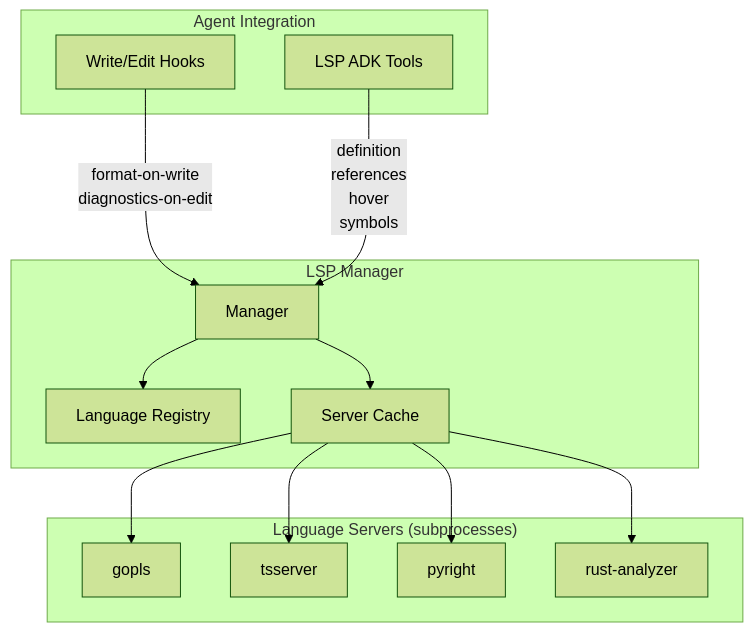
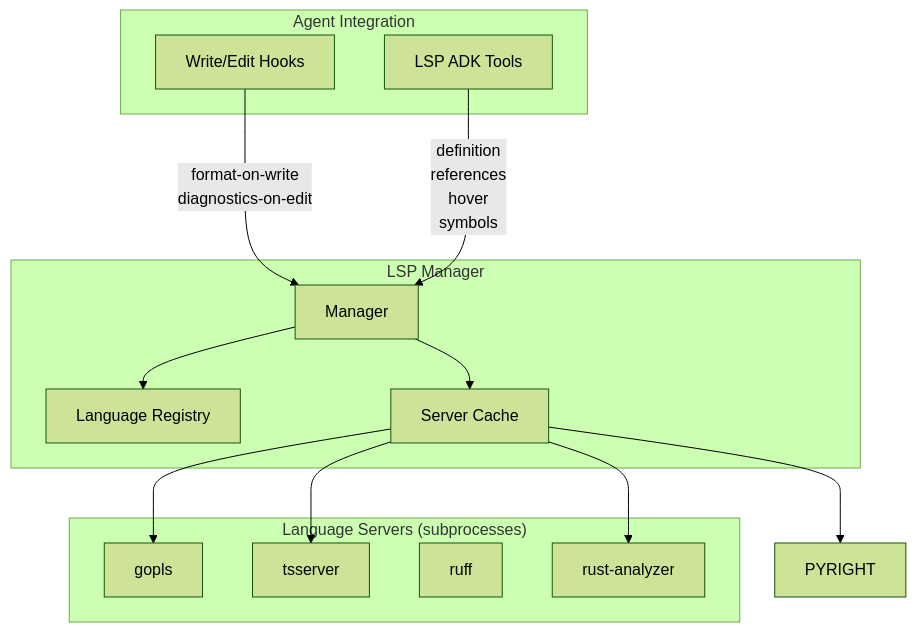
One commit to dimetron/pi-go changed the third of 3 diagrams in specs/features/SOP/enhance-from-oh-my-pi/design.md. Above: the diagram before and after it, drawn with Mermaid (forest theme). The commit also changed other lines of this file and 29 other files, not shown here.

````diff
--- a/specs/features/SOP/enhance-from-oh-my-pi/design.md
+++ b/specs/features/SOP/enhance-from-oh-my-pi/design.md
@@ -440,26 +440,26 @@
 ```mermaid
 graph TB
     subgraph LSPManager["LSP Manager"]
         MGR[Manager]
         REG[Language Registry]
         CACHE[Server Cache]
     end
 
     subgraph Servers["Language Servers (subprocesses)"]
         GOPLS[gopls]
         TSSERVER[tsserver]
-        PYRIGHT[pyright]
+        RUFF[ruff]
         RA[rust-analyzer]
     end
 
     subgraph Integration["Agent Integration"]
         HOOKS[Write/Edit Hooks]
         TOOLS[LSP ADK Tools]
     end
 
     MGR --> REG
     MGR --> CACHE
     CACHE --> GOPLS & TSSERVER & PYRIGHT & RA
     HOOKS -->|"format-on-write\ndiagnostics-on-edit"| MGR
     TOOLS -->|"definition\nreferences\nhover\nsymbols"| MGR
 ```
````
